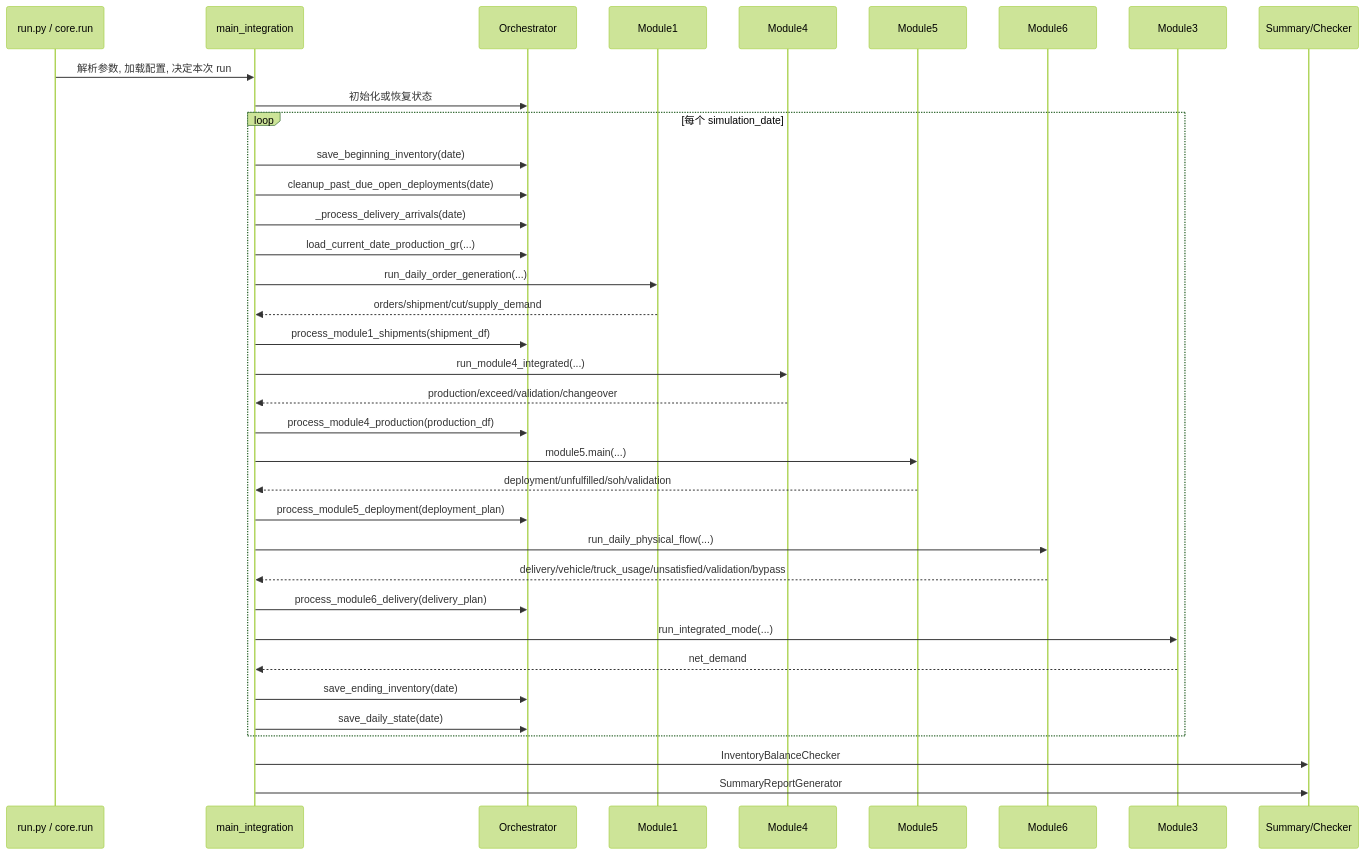
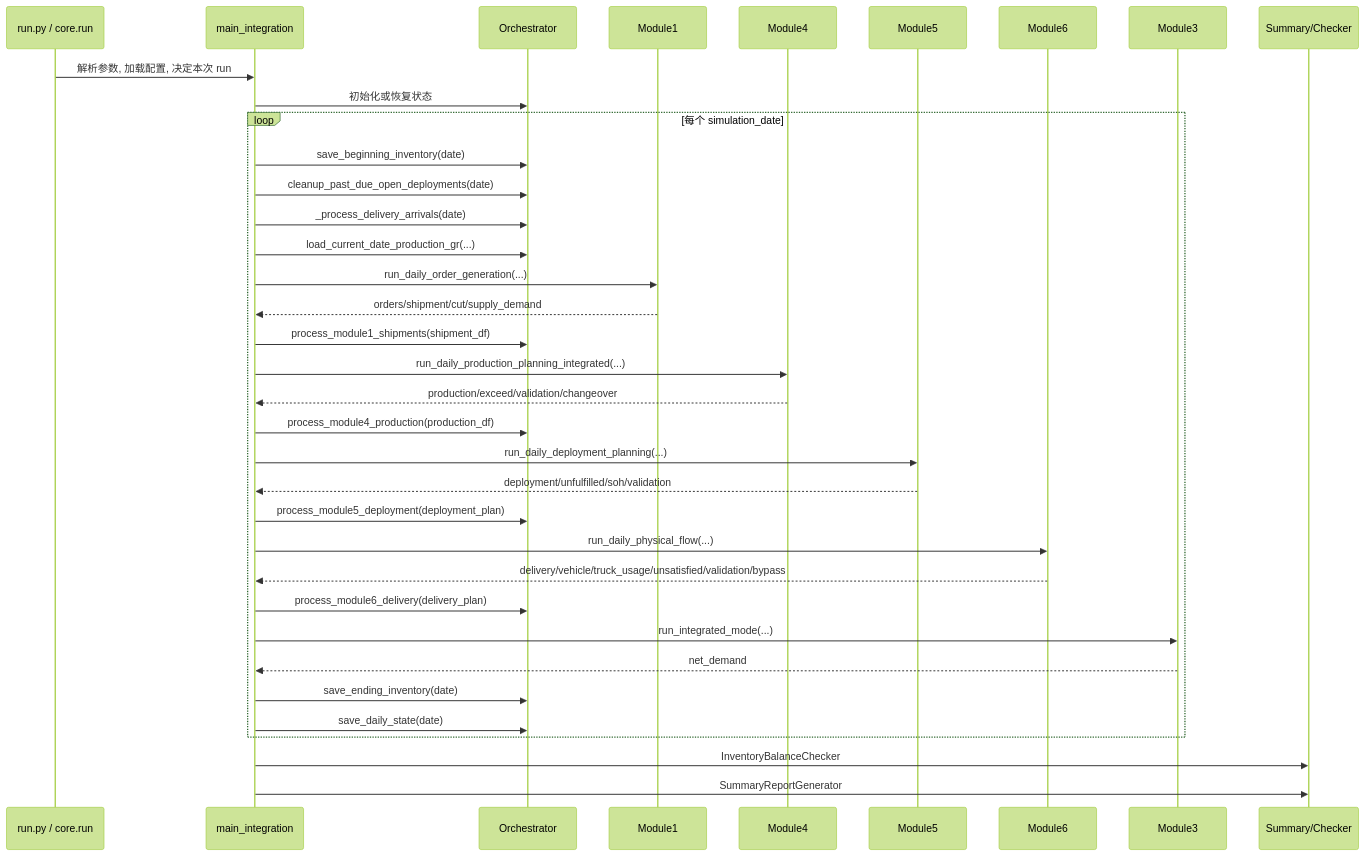
Before and after one commit to senzhang-ps/chainsight: the first of 9 diagrams in docs/handover/refactored/01-architecture/module_sequence_diagrams.md, drawn with Mermaid (forest theme). The commit also changed other lines of this file and 15 other files, not shown here.

````diff
--- a/docs/handover/refactored/01-architecture/module_sequence_diagrams.md
+++ b/docs/handover/refactored/01-architecture/module_sequence_diagrams.md
@@ -42,47 +42,47 @@
 ```mermaid
 sequenceDiagram
     participant CLI as run.py / core.run
     participant MAIN as main_integration
     participant ORC as Orchestrator
     participant M1 as Module1
     participant M4 as Module4
     participant M5 as Module5
     participant M6 as Module6
     participant M3 as Module3
     participant SUM as Summary/Checker
 
     CLI->>MAIN: 解析参数, 加载配置, 决定本次 run
     MAIN->>ORC: 初始化或恢复状态
 
     loop 每个 simulation_date
         MAIN->>ORC: save_beginning_inventory(date)
         MAIN->>ORC: cleanup_past_due_open_deployments(date)
         MAIN->>ORC: _process_delivery_arrivals(date)
         MAIN->>ORC: load_current_date_production_gr(...)
 
         MAIN->>M1: run_daily_order_generation(...)
         M1-->>MAIN: orders/shipment/cut/supply_demand
         MAIN->>ORC: process_module1_shipments(shipment_df)
 
-        MAIN->>M4: run_module4_integrated(...)
+        MAIN->>M4: run_daily_production_planning_integrated(...)
         M4-->>MAIN: production/exceed/validation/changeover
         MAIN->>ORC: process_module4_production(production_df)
 
-        MAIN->>M5: module5.main(...)
+        MAIN->>M5: run_daily_deployment_planning(...)
         M5-->>MAIN: deployment/unfulfilled/soh/validation
         MAIN->>ORC: process_module5_deployment(deployment_plan)
 
         MAIN->>M6: run_daily_physical_flow(...)
         M6-->>MAIN: delivery/vehicle/truck_usage/unsatisfied/validation/bypass
         MAIN->>ORC: process_module6_delivery(delivery_plan)
 
         MAIN->>M3: run_integrated_mode(...)
         M3-->>MAIN: net_demand
 
         MAIN->>ORC: save_ending_inventory(date)
         MAIN->>ORC: save_daily_state(date)
     end
 
     MAIN->>SUM: InventoryBalanceChecker
     MAIN->>SUM: SummaryReportGenerator
 ```
````
